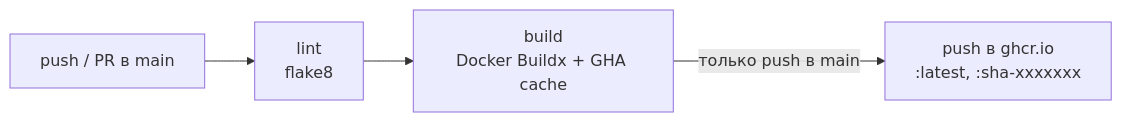
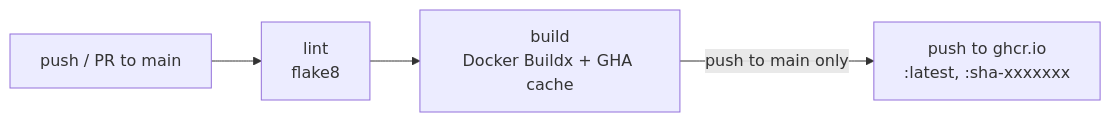
The second of 2 diagrams in README.md (madimuk/devops-todo-app), drawn with Mermaid before and after one commit. The commit also changed other lines of this file and 1 other file, not shown here.

````diff
--- a/README.md
+++ b/README.md
@@ -47,6 +49,6 @@
 ```mermaid
 flowchart LR
-    push[push / PR в main] --> lint[lint<br/>flake8]
+    push[push / PR to main] --> lint[lint<br/>flake8]
     lint --> build[build<br/>Docker Buildx + GHA cache]
-    build -->|только push в main| publish[push в ghcr.io<br/>:latest, :sha-xxxxxxx]
+    build -->|push to main only| publish[push to ghcr.io<br/>:latest, :sha-xxxxxxx]
 ```
````
